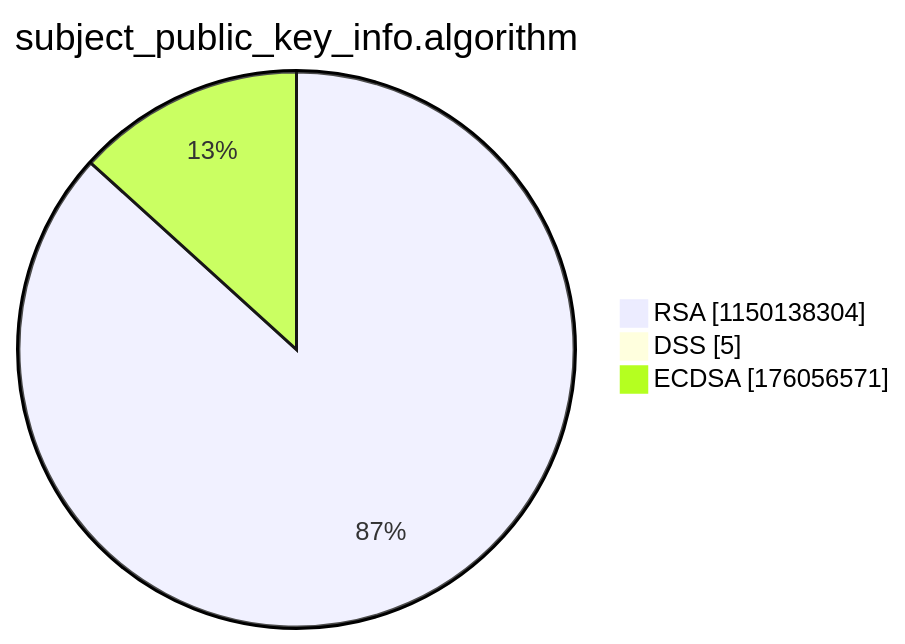
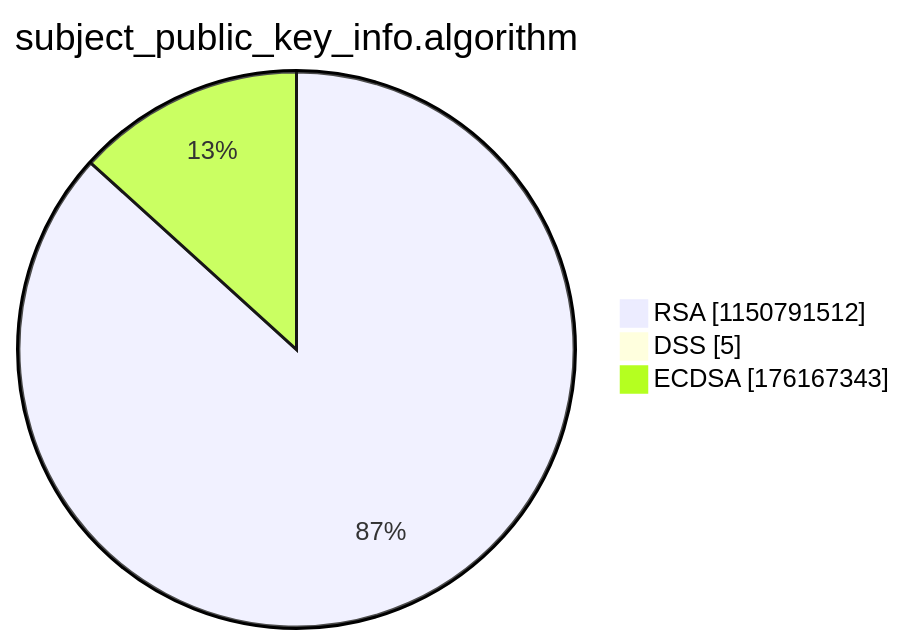
The third of 15 diagrams in argon2022/README.md (christiankrug/ctmonitor_visualization), drawn with Mermaid before and after one commit. The commit also changed other lines of this file, not shown here.

````diff
--- a/argon2022/README.md
+++ b/argon2022/README.md
@@ -14,7 +14,7 @@
 ```mermaid
 pie showData
 title subject_public_key_info.algorithm
-"RSA" :1150138304
+"RSA" :1150791512
 "DSS" :5
-"ECDSA" :176056571
+"ECDSA" :176167343
 ```
````
